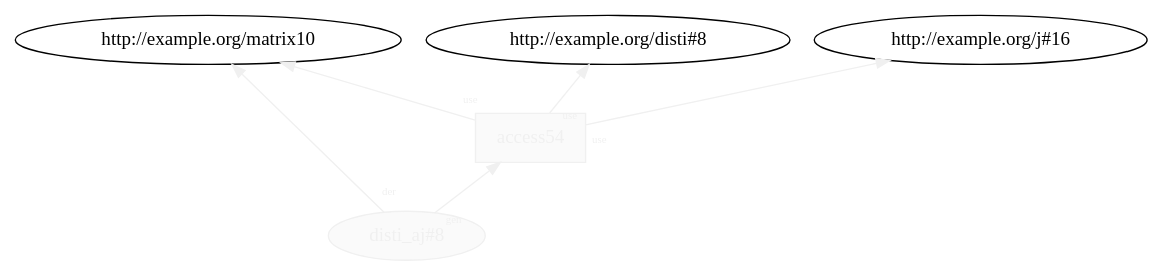
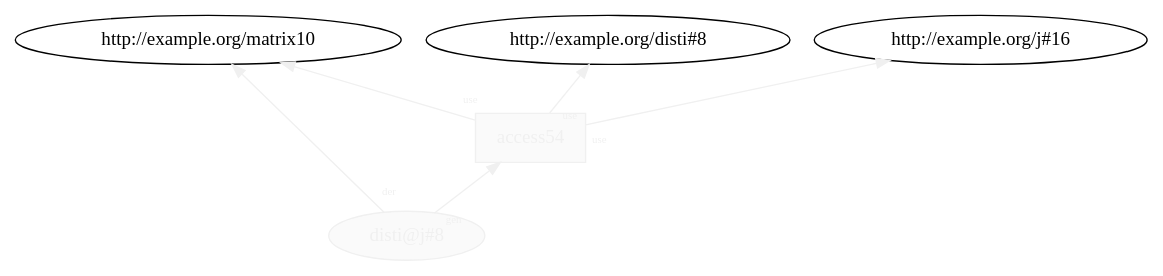
Before and after one commit to dew-uff/versioned-prov: the diagram in generated/plain_prov/temp/L20__access_6.dot, drawn with Graphviz. The commit also changed 1178 other files, not shown here.

```diff
--- a/generated/plain_prov/temp/L20__access_6.dot
+++ b/generated/plain_prov/temp/L20__access_6.dot
@@ -1,9 +1,9 @@
 digraph "PROV" { size="16,12"; rankdir="BT";
-"http://example.org/disti_aj#8" [fillcolor="#FAFAFA",color="#F0F0F0",style="filled",fontcolor="#F0F0F0",label="disti_aj#8",URL="http://example.org/disti_aj#8"]
+"http://example.org/disti@j#8" [fillcolor="#FAFAFA",color="#F0F0F0",style="filled",fontcolor="#F0F0F0",label="disti@j#8",URL="http://example.org/disti@j#8"]
 "http://example.org/access54" [fillcolor="#FAFAFA",color="#F0F0F0",shape="polygon",sides="4",style="filled",fontcolor="#F0F0F0",label="access54",URL="http://example.org/access54"]
-"http://example.org/disti_aj#8" -> "http://example.org/matrix10" [labelfontsize="8",labeldistance="1.5",labelangle="60.0",rotation="20",taillabel="der",fontcolor="#F0F0F0",color="#F0F0F0"]
+"http://example.org/disti@j#8" -> "http://example.org/matrix10" [labelfontsize="8",labeldistance="1.5",labelangle="60.0",rotation="20",taillabel="der",fontcolor="#F0F0F0",color="#F0F0F0"]
 "http://example.org/access54" -> "http://example.org/disti#8" [labelfontsize="8",labeldistance="1.5",labelangle="60.0",rotation="20",taillabel="use",fontcolor="#F0F0F0",color="#F0F0F0"]
 "http://example.org/access54" -> "http://example.org/j#16" [labelfontsize="8",labeldistance="1.5",labelangle="60.0",rotation="20",taillabel="use",fontcolor="#F0F0F0",color="#F0F0F0"]
 "http://example.org/access54" -> "http://example.org/matrix10" [labelfontsize="8",labeldistance="1.5",labelangle="60.0",rotation="20",taillabel="use",fontcolor="#F0F0F0",color="#F0F0F0"]
-"http://example.org/disti_aj#8" -> "http://example.org/access54" [labelfontsize="8",labeldistance="1.5",labelangle="60.0",rotation="20",taillabel="gen",fontcolor="#F0F0F0",color="#F0F0F0"]
+"http://example.org/disti@j#8" -> "http://example.org/access54" [labelfontsize="8",labeldistance="1.5",labelangle="60.0",rotation="20",taillabel="gen",fontcolor="#F0F0F0",color="#F0F0F0"]
 }
```
